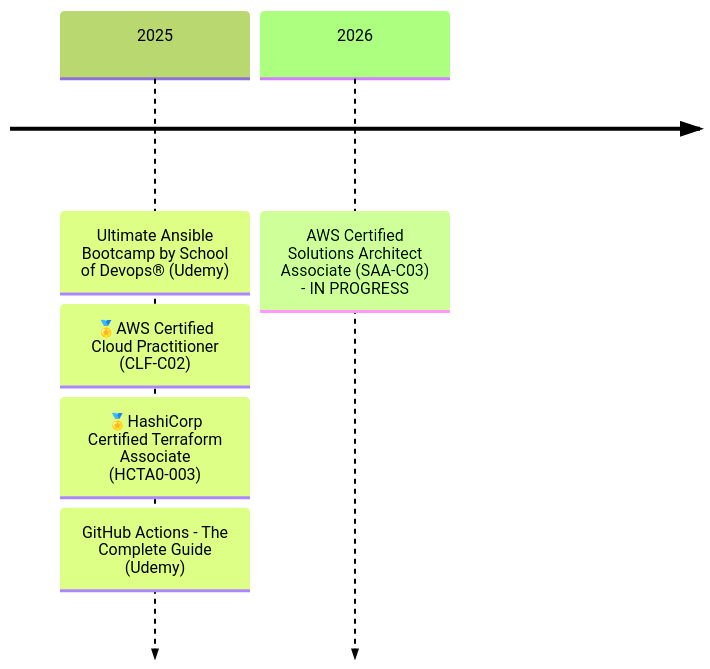
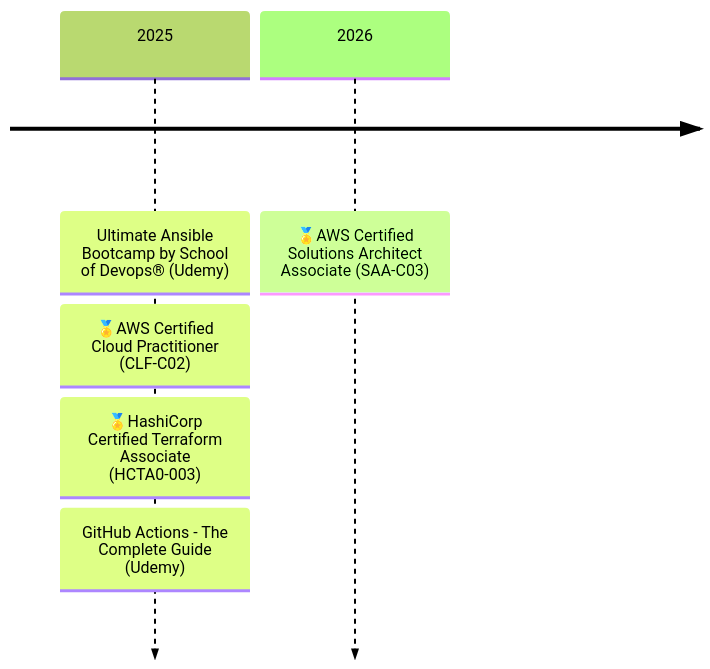
One commit to rtdevx/rtdevx.github.io changed the diagram in content/about.md. Above: the diagram before and after it, drawn with Mermaid (forest theme).

Commit message:
Obsidian sync: 2026-06-23 10:51:38

```diff
--- a/content/about.md
+++ b/content/about.md
@@ -67,8 +67,8 @@
 {{< mermaid >}}
 timeline    
     2025 : Ultimate Ansible Bootcamp by School of Devops® (Udemy)
          : 🏅AWS Certified Cloud Practitioner (CLF-C02)
          : 🏅HashiCorp Certified Terraform Associate (HCTA0-003)
          : GitHub Actions - The Complete Guide (Udemy)
-    2026 : AWS Certified Solutions Architect Associate (SAA-C03) - IN PROGRESS
+    2026 : 🏅AWS Certified Solutions Architect Associate (SAA-C03)
 {{< /mermaid >}}
```
